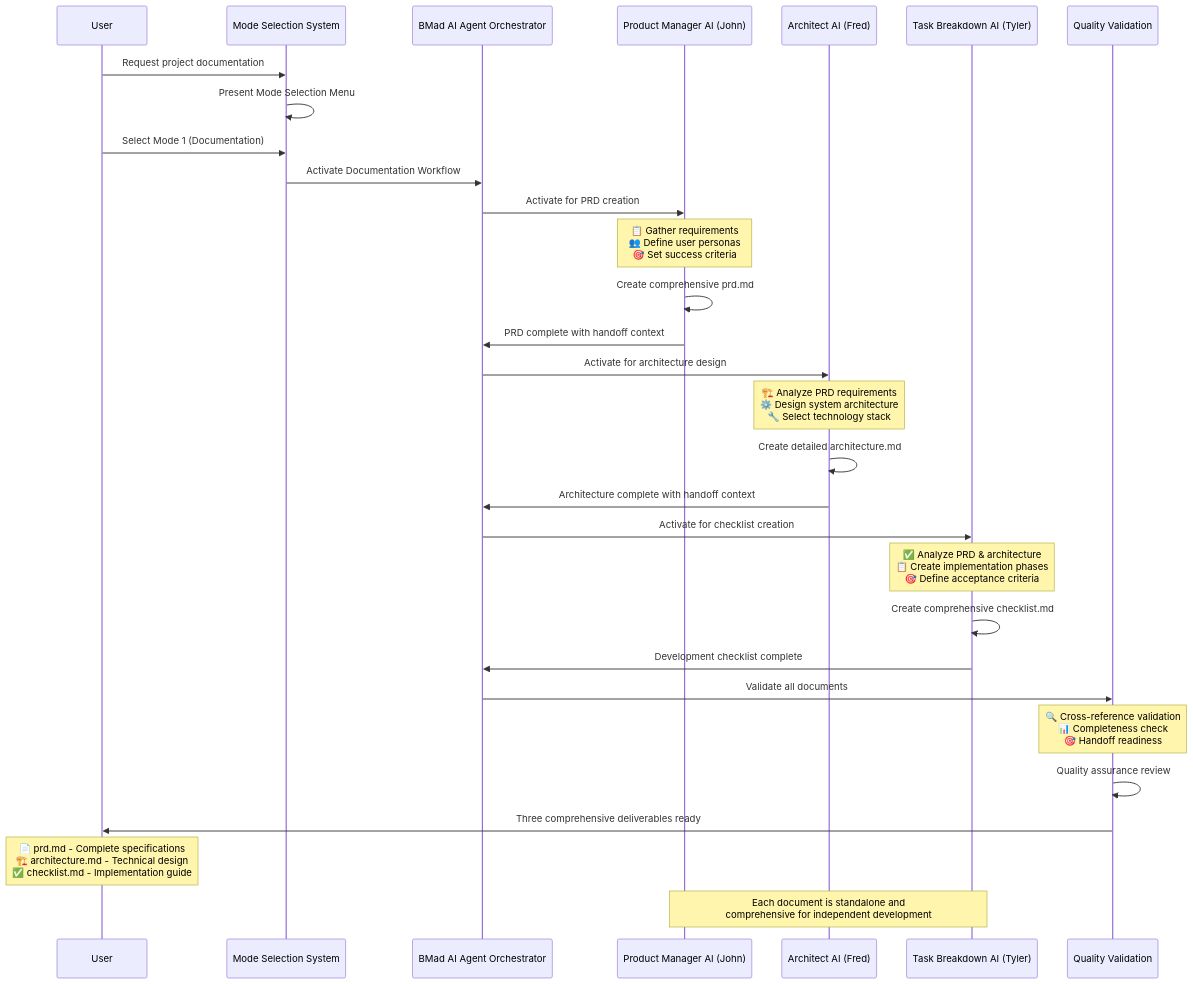
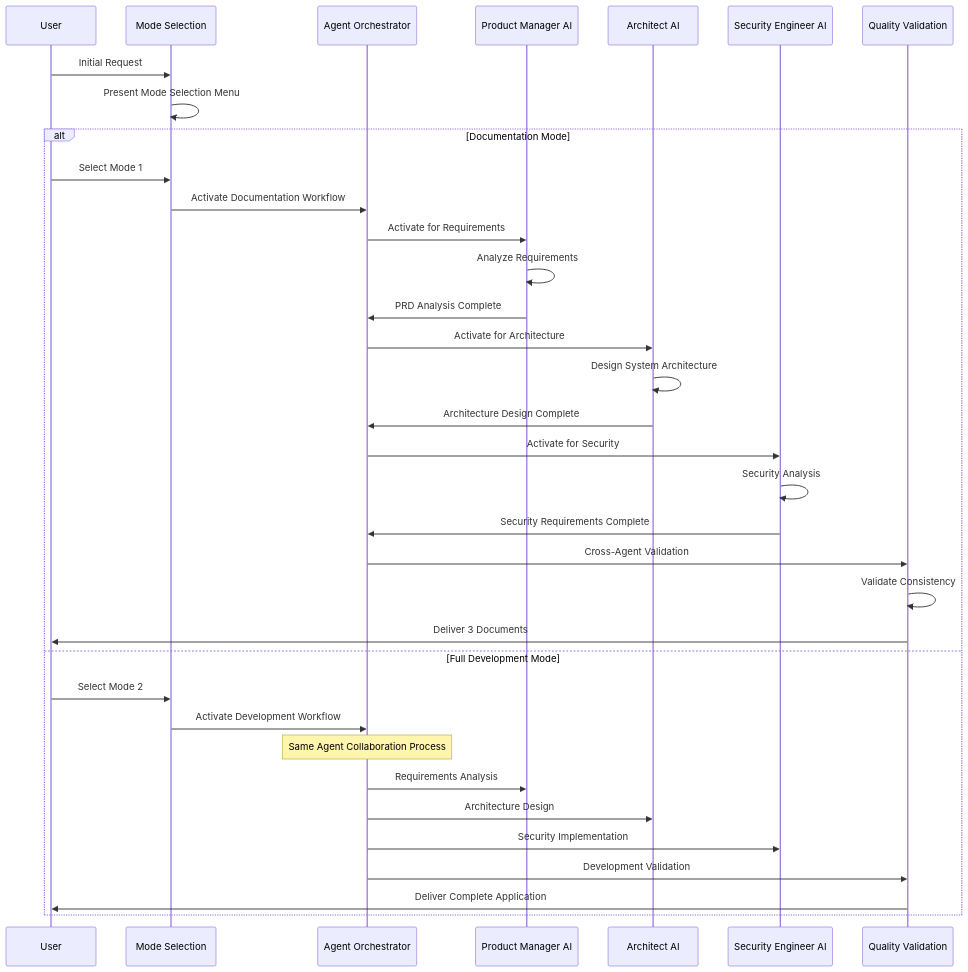
The second of 2 diagrams in README.md (usemanusai/CodeMAD), drawn with Mermaid before and after one commit. The commit also changed other lines of this file and 1 other file, not shown here.

First line of the commit message:
COMPREHENSIVE README.md AUDIT AND CONSOLIDATION

````diff
--- a/README.md
+++ b/README.md
@@ -388,40 +161,46 @@
 ```mermaid
 sequenceDiagram
-    participant User
-    participant MS as Mode Selection System
-    participant Orchestrator as BMad AI Agent Orchestrator
-    participant PM as Product Manager AI (John)
-    participant Arch as Architect AI (Fred)
-    participant Task as Task Breakdown AI (Tyler)
+    participant U as User
+    participant MS as Mode Selection
+    participant AO as Agent Orchestrator
+    participant PM as Product Manager AI
+    participant AR as Architect AI
+    participant SE as Security Engineer AI
     participant QV as Quality Validation
 
-    User->>MS: Request project documentation
+    U->>MS: Initial Request
     MS->>MS: Present Mode Selection Menu
-    User->>MS: Select Mode 1 (Documentation)
 
-    MS->>Orchestrator: Activate Documentation Workflow
+    alt Documentation Mode
+        U->>MS: Select Mode 1
+        MS->>AO: Activate Documentation Workflow
 
-    Orchestrator->>PM: Activate for PRD creation
-    Note over PM: 📋 Gather requirements<br/>👥 Define user personas<br/>🎯 Set success criteria
-    PM->>PM: Create comprehensive prd.md
-    PM->>Orchestrator: PRD complete with handoff context
+        AO->>PM: Activate for Requirements
+        PM->>PM: Analyze Requirements
+        PM->>AO: PRD Analysis Complete
 
-    Orchestrator->>Arch: Activate for architecture design
-    Note over Arch: 🏗️ Analyze PRD requirements<br/>⚙️ Design system architecture<br/>🔧 Select technology stack
-    Arch->>Arch: Create detailed architecture.md
-    Arch->>Orchestrator: Architecture complete with handoff context
+        AO->>AR: Activate for Architecture
+        AR->>AR: Design System Architecture
+        AR->>AO: Architecture Design Complete
 
-    Orchestrator->>Task: Activate for checklist creation
-    Note over Task: ✅ Analyze PRD & architecture<br/>📋 Create implementation phases<br/>🎯 Define acceptance criteria
-    Task->>Task: Create comprehensive checklist.md
-    Task->>Orchestrator: Development checklist complete
+        AO->>SE: Activate for Security
+        SE->>SE: Security Analysis
+        SE->>AO: Security Requirements Complete
 
-    Orchestrator->>QV: Validate all documents
-    Note over QV: 🔍 Cross-reference validation<br/>📊 Completeness check<br/>🎯 Handoff readiness
-    QV->>QV: Quality assurance review
+        AO->>QV: Cross-Agent Validation
+        QV->>QV: Validate Consistency
+        QV->>U: Deliver 3 Documents
 
-    QV->>User: Three comprehensive deliverables ready
-    Note over User: 📄 prd.md - Complete specifications<br/>🏗️ architecture.md - Technical design<br/>✅ checklist.md - Implementation guide
+    else Full Development Mode
+        U->>MS: Select Mode 2
+        MS->>AO: Activate Development Workflow
 
-    Note over PM,Task: Each document is standalone and<br/>comprehensive for independent development
+        Note over AO: Same Agent Collaboration Process
+        AO->>PM: Requirements Analysis
+        AO->>AR: Architecture Design
+        AO->>SE: Security Implementation
+
+        AO->>QV: Development Validation
+        QV->>U: Deliver Complete Application
+    end
 ```
````
